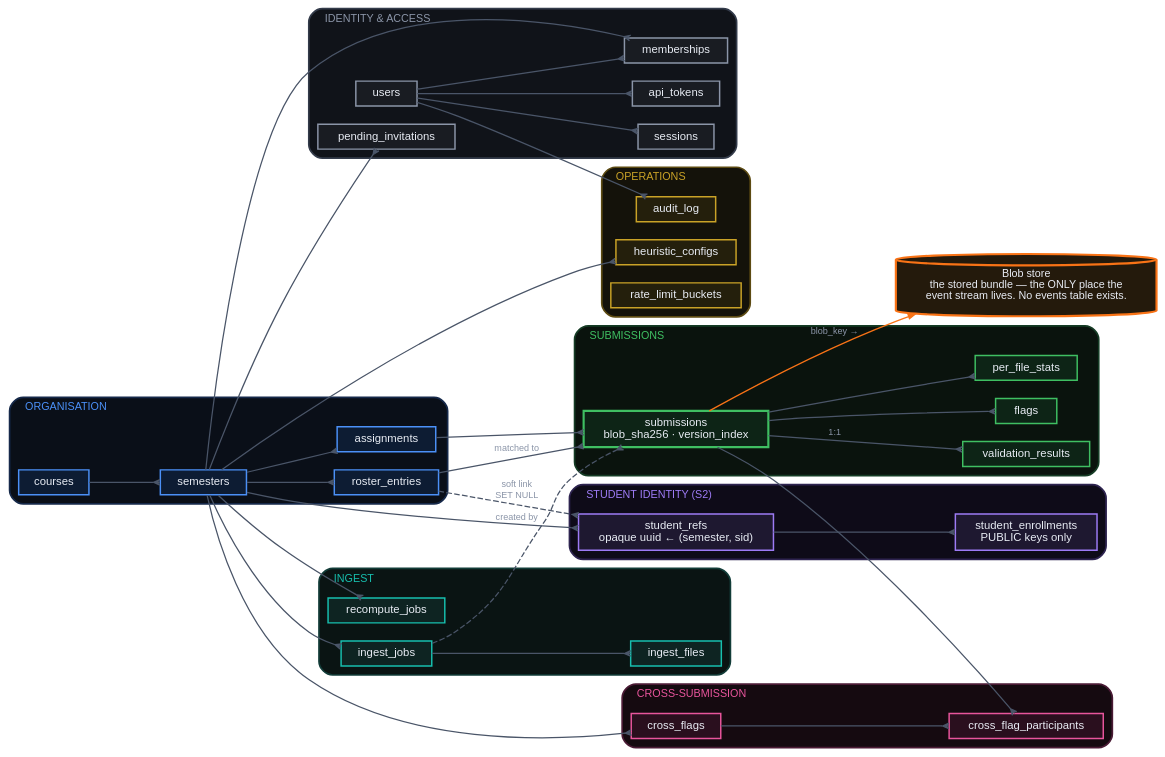
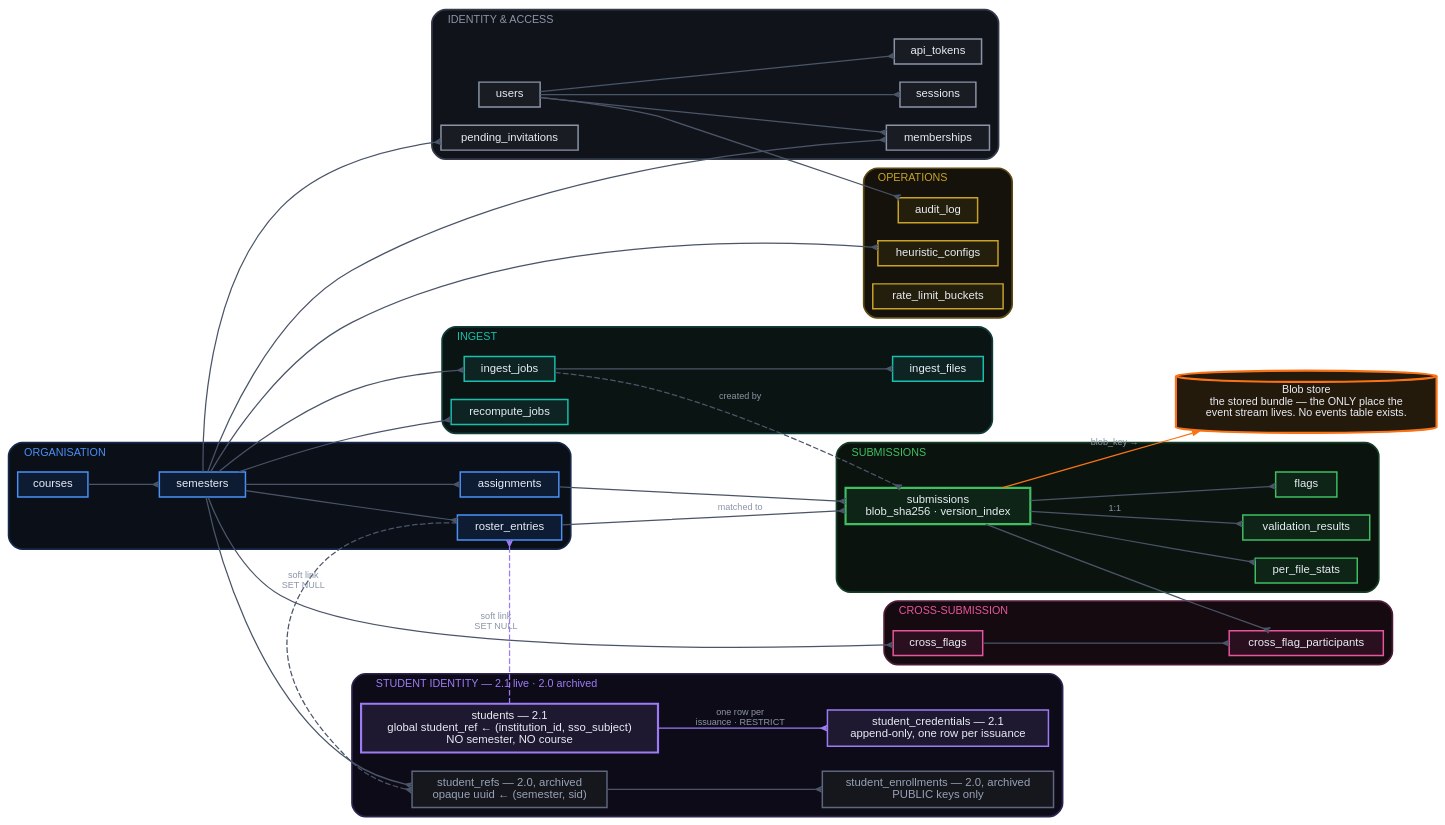
The diagram in tools/architecture/dot/er.dot (ProvenanceTools/provenance), drawn with Graphviz before and after one commit. The commit also changed 2 other files, not shown here.

First paragraph of the commit message:
docs(architecture): add the 2.1 identity tables to the data model
students (0025) and student_credentials (0027) had no node at all, and
the enrollment cluster still read as if 2.0 were the live path.

```diff
--- a/tools/architecture/dot/er.dot
+++ b/tools/architecture/dot/er.dot
@@ -1,104 +1,111 @@
 digraph er {
   bgcolor="transparent" rankdir=LR splines=spline compound=true
   nodesep=0.22 ranksep=0.85 fontname="Helvetica"
   node [shape=box style="filled" fontname="Helvetica" fontsize=10
         fontcolor="#e8ecf4" fillcolor="#161b26" color="#3a4457" penwidth=1.3
         margin="0.16,0.07" height=0.30]
   edge [fontname="Helvetica" fontsize=8 fontcolor="#8b95a8"
         color="#4a5568" arrowsize=0.55 penwidth=1.1 arrowhead=crow arrowtail=none dir=forward]
 
   subgraph cluster_id {
     label="  IDENTITY & ACCESS  " fontsize=9.5 fontcolor="#8b95a8" color="#333b4a"
     penwidth=1.5 style=rounded bgcolor="#101319" labeljust="l"
     node [fillcolor="#191c22" color="#8b95a8"]
     users     [label="users"]
     sessions  [label="sessions"]
     api_tokens[label="api_tokens"]
     memberships[label="memberships"]
     pending   [label="pending_invitations"]
   }
 
   subgraph cluster_org {
     label="  ORGANISATION  " fontsize=9.5 fontcolor="#4b90f7" color="#16294a"
     penwidth=1.5 style=rounded bgcolor="#0a0f18" labeljust="l"
     node [fillcolor="#0d1c33" color="#4b90f7"]
     courses   [label="courses"]
     semesters [label="semesters"]
     assignments[label="assignments"]
     roster    [label="roster_entries"]
   }
 
   subgraph cluster_enroll {
-    label="  STUDENT IDENTITY (S2)  " fontsize=9.5 fontcolor="#9d7bf5" color="#2e2450"
+    label="  STUDENT IDENTITY — 2.1 live · 2.0 archived  " fontsize=9.5
+    fontcolor="#9d7bf5" color="#2e2450"
     penwidth=1.5 style=rounded bgcolor="#0e0b18" labeljust="l"
     node [fillcolor="#1e1830" color="#9d7bf5"]
-    srefs  [label="student_refs\nopaque uuid ← (semester, sid)"]
-    senr   [label="student_enrollments\nPUBLIC keys only"]
+    students [label="students — 2.1\nglobal student_ref ← (institution_id, sso_subject)\nNO semester, NO course" penwidth=1.9]
+    scred    [label="student_credentials — 2.1\nappend-only, one row per issuance"]
+    srefs  [label="student_refs — 2.0, archived\nopaque uuid ← (semester, sid)"
+            fillcolor="#15171d" color="#5d677d" fontcolor="#98a2b6"]
+    senr   [label="student_enrollments — 2.0, archived\nPUBLIC keys only"
+            fillcolor="#15171d" color="#5d677d" fontcolor="#98a2b6"]
   }
 
   subgraph cluster_sub {
     label="  SUBMISSIONS  " fontsize=9.5 fontcolor="#3fbf62" color="#153c25"
     penwidth=1.5 style=rounded bgcolor="#0a130d" labeljust="l"
     node [fillcolor="#0d2416" color="#3fbf62"]
     submissions[label="submissions\nblob_sha256 · version_index" penwidth=1.9]
     stats     [label="per_file_stats"]
     valres    [label="validation_results"]
     flags     [label="flags"]
   }
 
   subgraph cluster_x {
     label="  CROSS-SUBMISSION  " fontsize=9.5 fontcolor="#e8559c" color="#4a1b35"
     penwidth=1.5 style=rounded bgcolor="#150a10" labeljust="l"
     node [fillcolor="#2a0f1e" color="#e8559c"]
     xflags    [label="cross_flags"]
     xparts    [label="cross_flag_participants"]
   }
 
   subgraph cluster_ing {
     label="  INGEST  " fontsize=9.5 fontcolor="#17bfae" color="#123c38"
     penwidth=1.5 style=rounded bgcolor="#0a1413" labeljust="l"
     node [fillcolor="#0e2422" color="#17bfae"]
     ijobs     [label="ingest_jobs"]
     ifiles    [label="ingest_files"]
     rjobs     [label="recompute_jobs"]
   }
 
   subgraph cluster_ops {
     label="  OPERATIONS  " fontsize=9.5 fontcolor="#c9a227" color="#5c4a12"
     penwidth=1.5 style=rounded bgcolor="#14120a" labeljust="l"
     node [fillcolor="#241f0c" color="#c9a227"]
     hcfg      [label="heuristic_configs"]
     audit     [label="audit_log"]
     rate      [label="rate_limit_buckets"]
   }
 
   blobstore [label="Blob store\nthe stored bundle — the ONLY place the\nevent stream lives. No events table exists."
              shape=cylinder fillcolor="#241a0c" color="#F97316" fontsize=9.5 penwidth=1.9]
 
   users -> sessions
   users -> api_tokens
   users -> memberships
   courses -> semesters
   semesters -> memberships
   semesters -> assignments
   semesters -> roster
   semesters -> pending
   semesters -> hcfg
   semesters -> ijobs
   assignments -> submissions
   roster -> submissions [label="matched to"]
   semesters -> srefs
   roster -> srefs [label="soft link\nSET NULL" style=dashed]
   srefs -> senr
+  students -> scred [label="one row per\nissuance · RESTRICT" color="#9d7bf5"]
+  students -> roster [label="soft link\nSET NULL" style=dashed color="#9d7bf5"]
   submissions -> stats
   submissions -> valres  [label="1:1"]
   submissions -> flags
   submissions -> xparts
   xflags -> xparts
   semesters -> xflags
   ijobs -> ifiles
   ijobs -> submissions [label="created by" style=dashed]
   semesters -> rjobs
   users -> audit
   submissions -> blobstore [label="blob_key →" color="#F97316" arrowhead=normal]
 }
```
